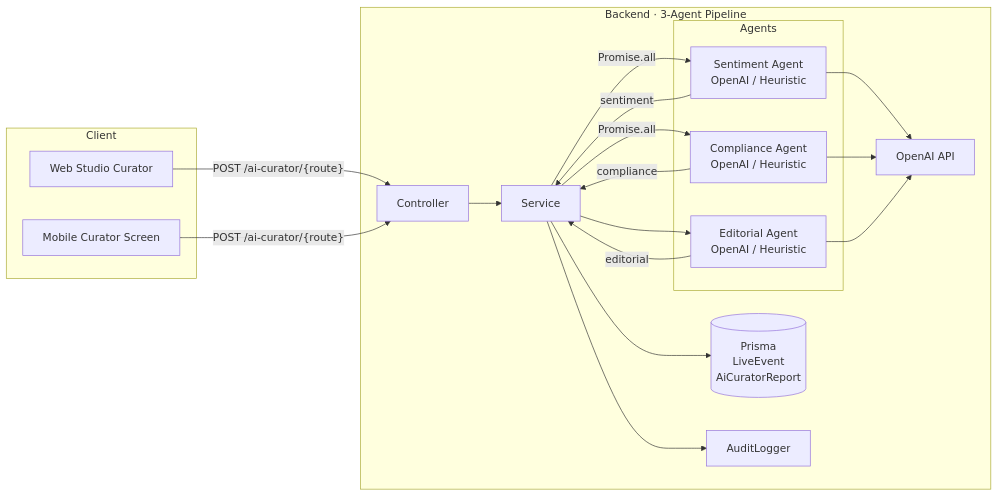
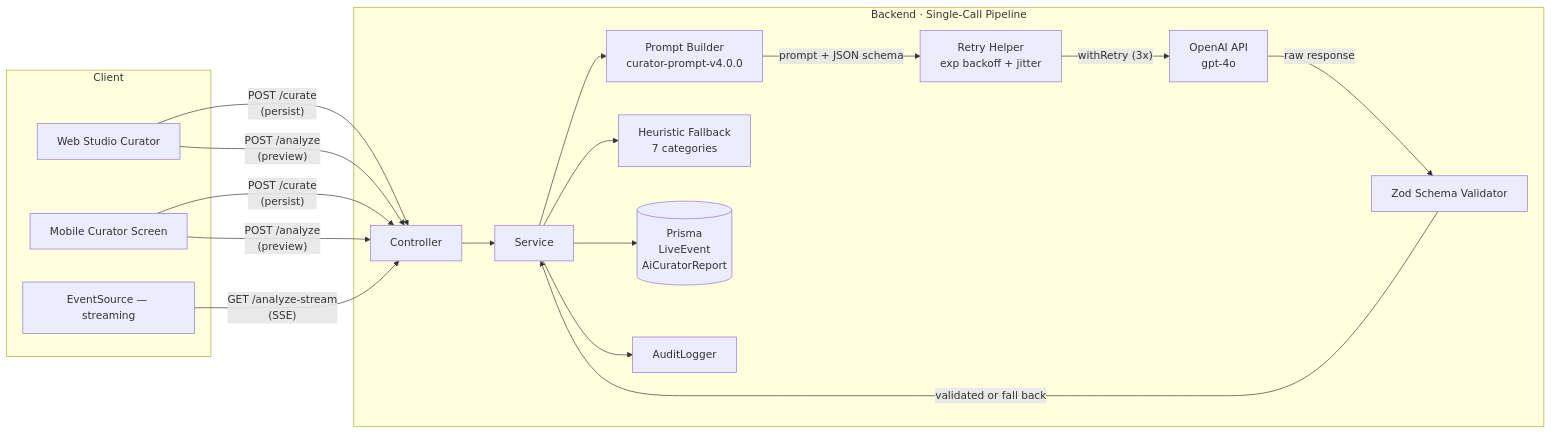
Before and after one commit to TomOutfit/OmniCast_PRN232-PRM393_Project_Fa26Semester: the diagram in docs/AI-CURATOR.md, drawn with Mermaid. The commit also changed other lines of this file and 3 other files, not shown here.

First line of the commit message:
feat(curator-client): add streaming response hooks and comprehensive AI documentation

````diff
--- a/docs/AI-CURATOR.md
+++ b/docs/AI-CURATOR.md
@@ -11,32 +18,34 @@
 ```mermaid
 flowchart LR
     subgraph Client
         W[Web Studio Curator]
         M[Mobile Curator Screen]
+        SE[EventSource — streaming]
     end
 
-    subgraph NestJS["Backend · 3-Agent Pipeline"]
+    subgraph NestJS["Backend · Single-Call Pipeline"]
         C[Controller]
         S[Service]
-        subgraph Agents
-            A1[Sentiment Agent\nOpenAI / Heuristic]
-            A2[Compliance Agent\nOpenAI / Heuristic]
-            A3[Editorial Agent\nOpenAI / Heuristic]
-        end
-        DB[(Prisma\nLiveEvent\nAiCuratorReport)]
+        P[Prompt Builder<br/>curator-prompt-v4.0.0]
+        Z[Zod Schema Validator]
+        R[Retry Helper<br/>exp backoff + jitter]
+        H[Heuristic Fallback<br/>7 categories]
+        DB[(Prisma<br/>LiveEvent<br/>AiCuratorReport)]
         AL[AuditLogger]
-        OAI[OpenAI API]
+        OAI[OpenAI API<br/>gpt-4o]
     end
 
-    W & M -->|"POST /ai-curator/{route}"| C
+    W & M -->|"POST /curate<br/>(persist)"| C
+    W & M -->|"POST /analyze<br/>(preview)"| C
+    SE -->|"GET /analyze-stream<br/>(SSE)"| C
+
     C --> S
-    S -->|Promise.all| A1
-    S -->|Promise.all| A2
-    A1 -->|sentiment| S
-    A2 -->|compliance| S
-    S --> A3
-    A3 -->|editorial| S
+    S --> P
+    P -->|"prompt + JSON schema"| R
+    R -->|"withRetry (3x)"| OAI
+    OAI -->|"raw response"| Z
+    Z -->|"validated or fall back"| S
+    S --> H
     S --> DB
     S --> AL
-    A1 & A2 & A3 --> OAI
 ```
````
